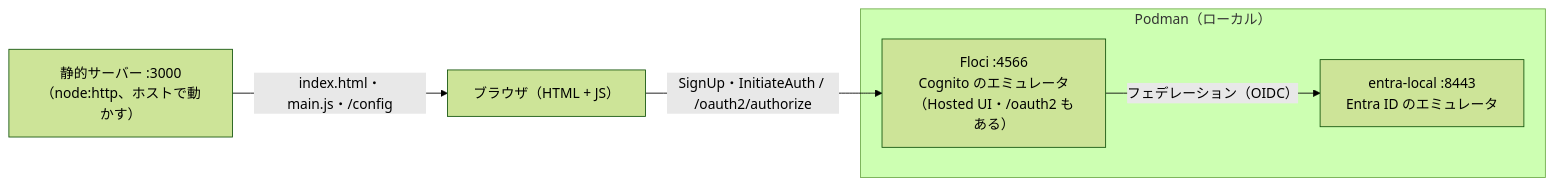
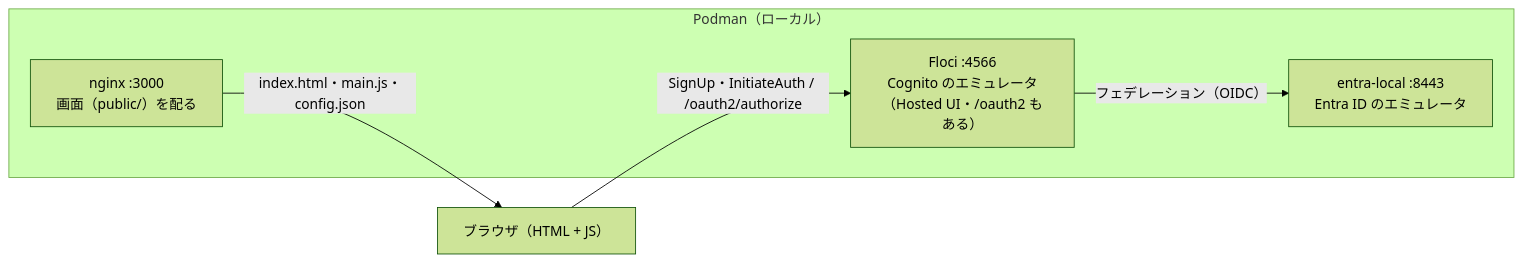
One commit to seekseep/cognito-entra-id-emulation-handson changed the diagram in OUTLINE.md. Above: the diagram before and after it, drawn with Mermaid (forest theme). The commit also changed other lines of this file and 51 other files, not shown here.

First line of the commit message:
画面は Podman の nginx で配り、server.mjs と Node.js をなくす

````diff
--- a/OUTLINE.md
+++ b/OUTLINE.md
@@ -8,12 +8,12 @@
 ```mermaid
 flowchart LR
   subgraph Podman["Podman（ローカル）"]
     floci["Floci :4566<br/>Cognito のエミュレータ<br/>（Hosted UI・/oauth2 もある）"]
     el["entra-local :8443<br/>Entra ID のエミュレータ"]
+    server["nginx :3000<br/>画面（public/）を配る"]
   end
-  server["静的サーバー :3000<br/>（node:http、ホストで動かす）"]
   browser["ブラウザ（HTML + JS）"]
-  server -- "index.html・main.js・/config" --> browser
+  server -- "index.html・main.js・config.json" --> browser
   browser -- "SignUp・InitiateAuth / /oauth2/authorize" --> floci
   floci -- "フェデレーション（OIDC）" --> el
 ```
````
